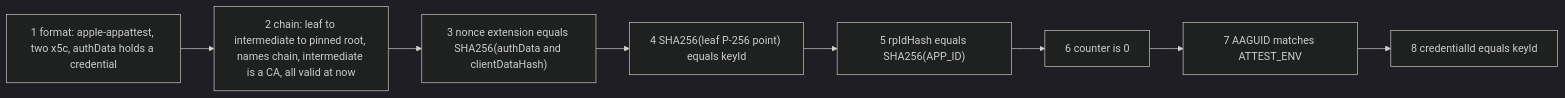
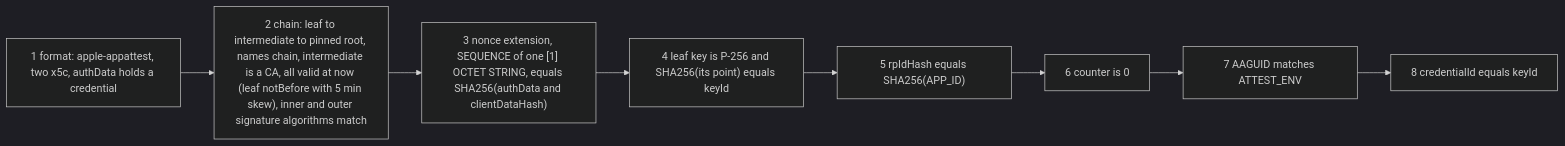
One commit to Krutik460/Widgie changed the fourth of 7 diagrams in docs/pr/23-phase-2b-b2.md. Above: the diagram before and after it, drawn with Mermaid (dark theme). The commit also changed other lines of this file and 22 other files, not shown here.

````diff
--- a/docs/pr/23-phase-2b-b2.md
+++ b/docs/pr/23-phase-2b-b2.md
@@ -131,10 +140,10 @@
 ```mermaid
 flowchart LR
-  C1["1 format: apple-appattest, two x5c, authData holds a credential"] --> C2["2 chain: leaf to intermediate to pinned root, names chain, intermediate is a CA, all valid at now"]
-  C2 --> C3["3 nonce extension equals SHA256(authData and clientDataHash)"]
-  C3 --> C4["4 SHA256(leaf P-256 point) equals keyId"]
+  C1["1 format: apple-appattest, two x5c, authData holds a credential"] --> C2["2 chain: leaf to intermediate to pinned root, names chain, intermediate is a CA, all valid at now (leaf notBefore with 5 min skew), inner and outer signature algorithms match"]
+  C2 --> C3["3 nonce extension, SEQUENCE of one [1] OCTET STRING, equals SHA256(authData and clientDataHash)"]
+  C3 --> C4["4 leaf key is P-256 and SHA256(its point) equals keyId"]
   C4 --> C5["5 rpIdHash equals SHA256(APP_ID)"]
   C5 --> C6["6 counter is 0"]
   C6 --> C7["7 AAGUID matches ATTEST_ENV"]
   C7 --> C8["8 credentialId equals keyId"]
 ```
````
